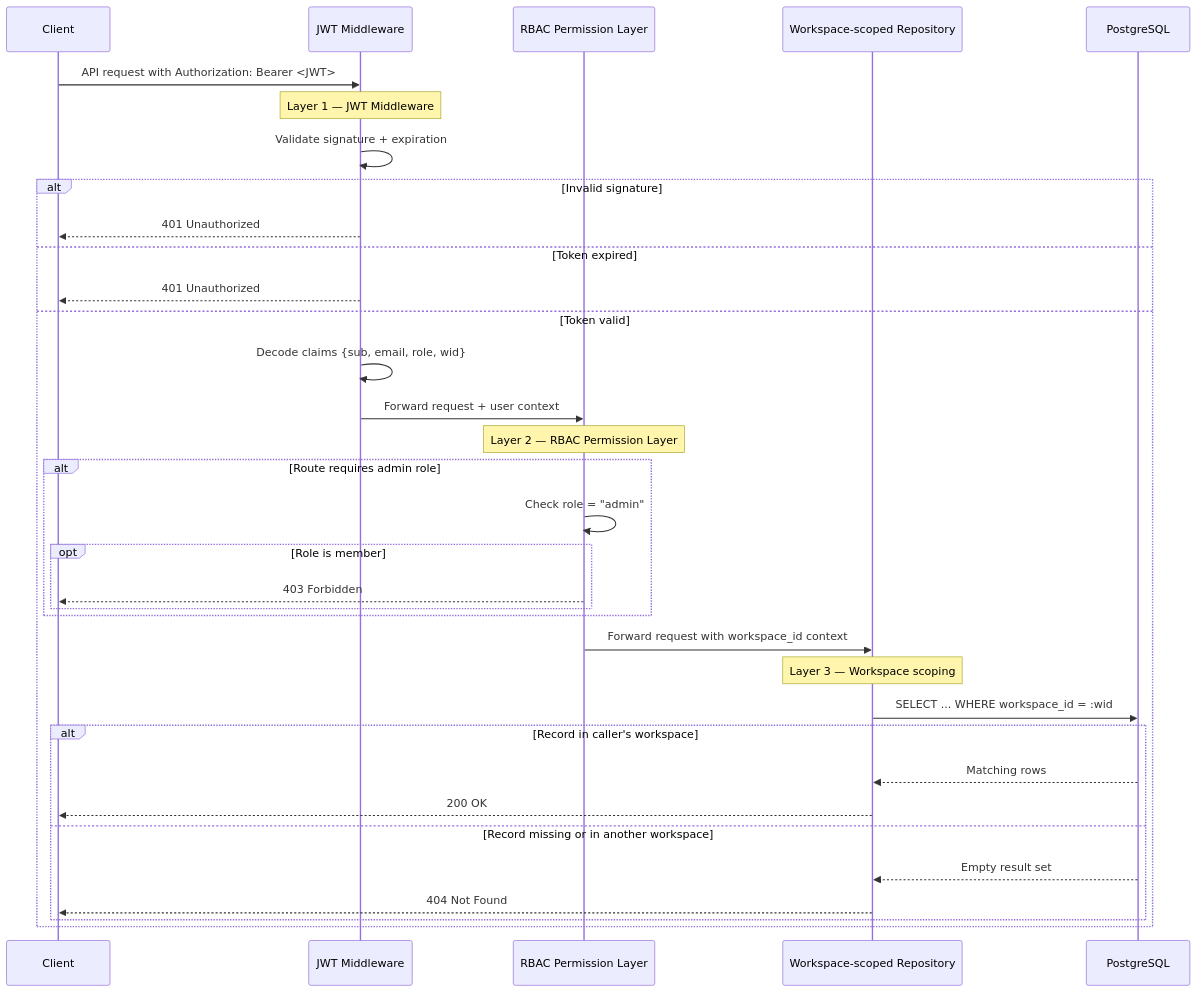
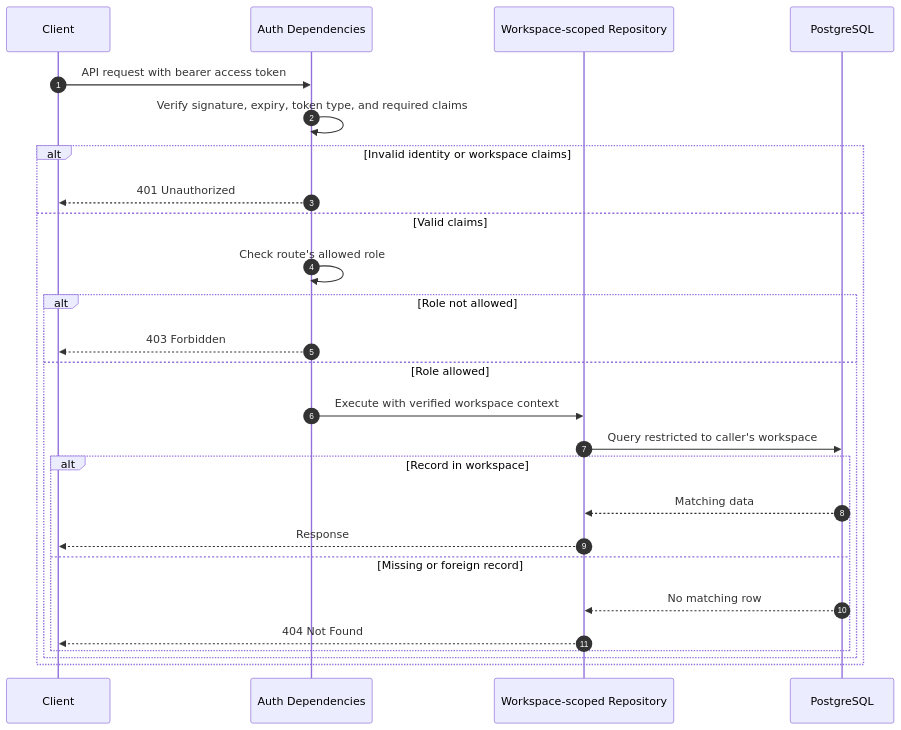
One commit to alonsovndev/open-projects-hub-docs changed the ninth of 13 diagrams in docs/03-architecture/diagrams/sequence-diagrams.md. Above: the diagram before and after it, drawn with Mermaid. The commit also changed other lines of this file and 63 other files, not shown here.

````diff
--- a/docs/03-architecture/diagrams/sequence-diagrams.md
+++ b/docs/03-architecture/diagrams/sequence-diagrams.md
@@ -266,40 +283,29 @@
 ```mermaid
 sequenceDiagram
+    autonumber
     participant Client
-    participant JWT as JWT Middleware
-    participant RBAC as RBAC Permission Layer
+    participant Auth as Auth Dependencies
     participant Repo as Workspace-scoped Repository
     participant DB as PostgreSQL
 
-    Client->>JWT: API request with Authorization: Bearer <JWT>
-
-    Note over JWT: Layer 1 — JWT Middleware
-    JWT->>JWT: Validate signature + expiration
-    alt Invalid signature
-        JWT-->>Client: 401 Unauthorized
-    else Token expired
-        JWT-->>Client: 401 Unauthorized
-    else Token valid
-        JWT->>JWT: Decode claims {sub, email, role, wid}
-        JWT->>RBAC: Forward request + user context
-
-        Note over RBAC: Layer 2 — RBAC Permission Layer
-        alt Route requires admin role
-            RBAC->>RBAC: Check role = "admin"
-            opt Role is member
-                RBAC-->>Client: 403 Forbidden
+    Client->>Auth: API request with bearer access token
+    Auth->>Auth: Verify signature, expiry, token type, and required claims
+    alt Invalid identity or workspace claims
+        Auth-->>Client: 401 Unauthorized
+    else Valid claims
+        Auth->>Auth: Check route's allowed role
+        alt Role not allowed
+            Auth-->>Client: 403 Forbidden
+        else Role allowed
+            Auth->>Repo: Execute with verified workspace context
+            Repo->>DB: Query restricted to caller's workspace
+            alt Record in workspace
+                DB-->>Repo: Matching data
+                Repo-->>Client: Response
+            else Missing or foreign record
+                DB-->>Repo: No matching row
+                Repo-->>Client: 404 Not Found
             end
-        end
-        RBAC->>Repo: Forward request with workspace_id context
-
-        Note over Repo: Layer 3 — Workspace scoping
-        Repo->>DB: SELECT ... WHERE workspace_id = :wid
-        alt Record in caller's workspace
-            DB-->>Repo: Matching rows
-            Repo-->>Client: 200 OK
-        else Record missing or in another workspace
-            DB-->>Repo: Empty result set
-            Repo-->>Client: 404 Not Found
         end
     end
 ```
````
